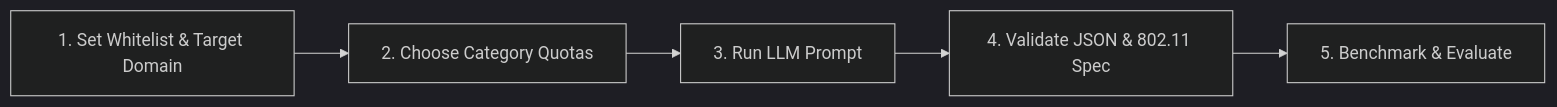
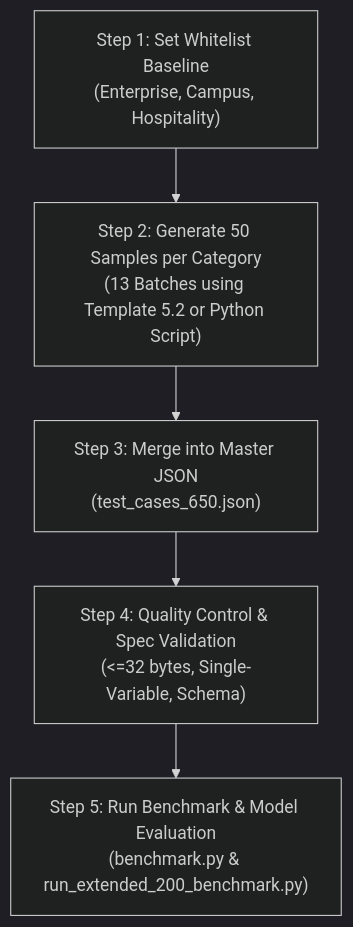
One commit to vacation0629/wifi-ids changed the third of 3 diagrams in ssid_feature_framework/reports_and_docs/SSID_TEST_GENERATION_CATALOGUE.md. Above: the diagram before and after it, drawn with Mermaid (dark theme). The commit also changed other lines of this file, not shown here.

Commit message:
docs: add 50-samples-per-category batching prompt, diversity strategy table, and automated Python generation script

````diff
--- a/ssid_feature_framework/reports_and_docs/SSID_TEST_GENERATION_CATALOGUE.md
+++ b/ssid_feature_framework/reports_and_docs/SSID_TEST_GENERATION_CATALOGUE.md
@@ -329,7 +380,7 @@
 ```mermaid
-flowchart LR
-    Step1["1. Set Whitelist & Target Domain"] --> Step2["2. Choose Category Quotas"]
-    Step2 --> Step3["3. Run LLM Prompt"]
-    Step3 --> Step4["4. Validate JSON & 802.11 Spec"]
-    Step4 --> Step5["5. Benchmark & Evaluate"]
+flowchart TD
+    S1["Step 1: Set Whitelist Baseline\n(Enterprise, Campus, Hospitality)"] --> S2["Step 2: Generate 50 Samples per Category\n(13 Batches using Template 5.2 or Python Script)"]
+    S2 --> S3["Step 3: Merge into Master JSON\n(test_cases_650.json)"]
+    S3 --> S4["Step 4: Quality Control & Spec Validation\n(<=32 bytes, Single-Variable, Schema)"]
+    S4 --> S5["Step 5: Run Benchmark & Model Evaluation\n(benchmark.py & run_extended_200_benchmark.py)"]
 ```
````
